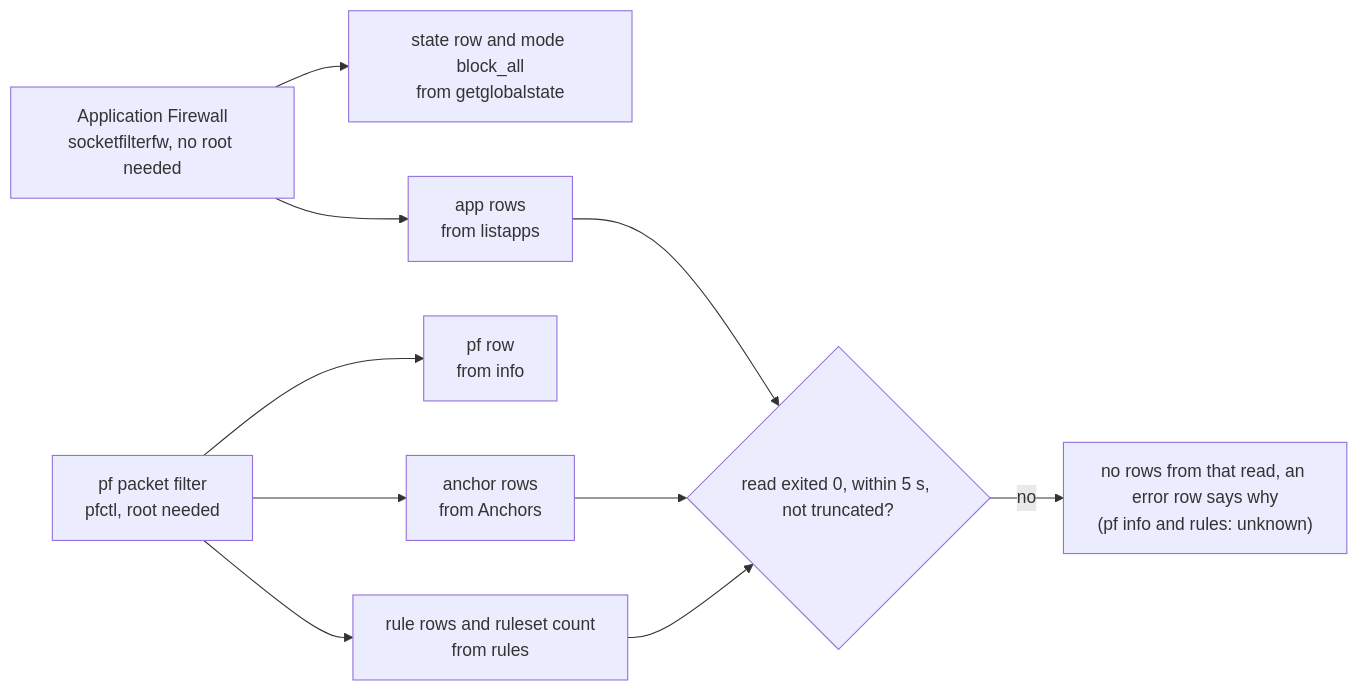
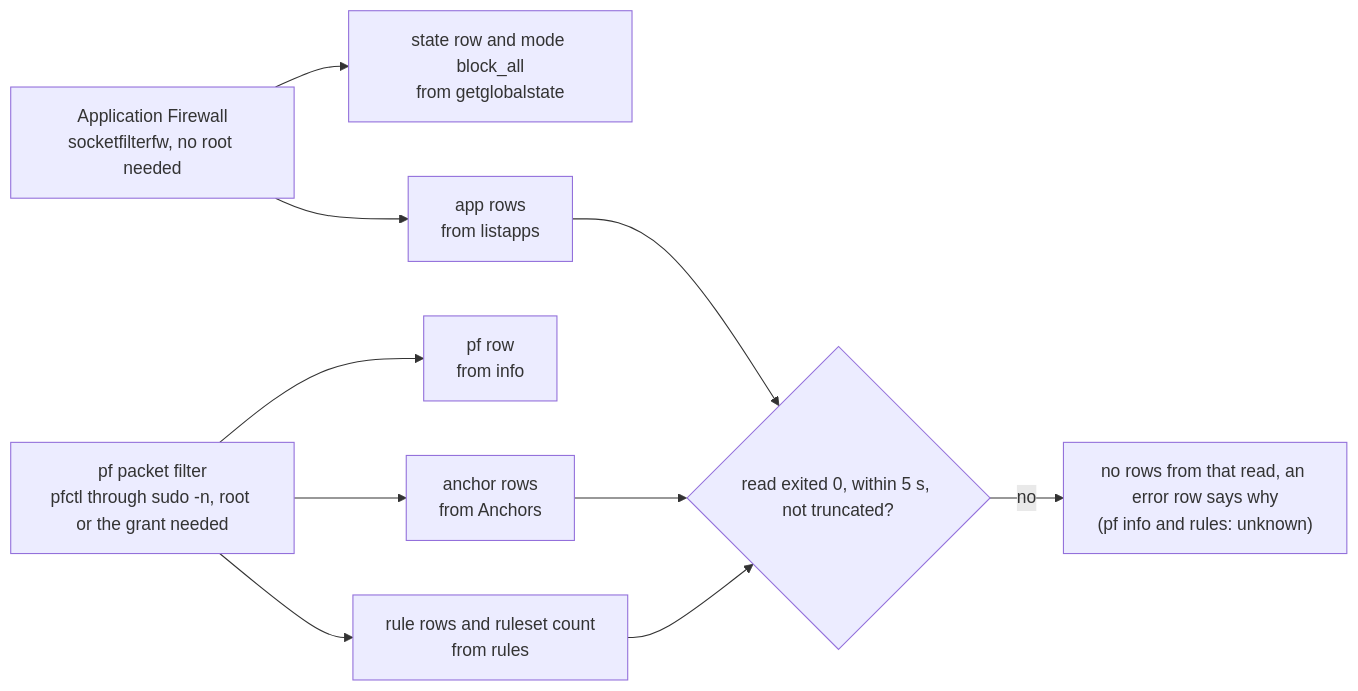
One commit to DevNullLtd/Yuzu changed the fourth of 4 diagrams in agents/plugins/firewall/README.md. Above: the diagram before and after it, drawn with Mermaid. The commit also changed other lines of this file and 21 other files, not shown here.

````diff
--- a/agents/plugins/firewall/README.md
+++ b/agents/plugins/firewall/README.md
@@ -111,14 +111,14 @@
 ```mermaid
 flowchart LR
   ALF["Application Firewall<br/>socketfilterfw, no root needed"]
-  PF["pf packet filter<br/>pfctl, root needed"]
+  PF["pf packet filter<br/>pfctl through sudo -n, root or the grant needed"]
   ALF --> ST["state row and mode block_all<br/>from getglobalstate"]
   ALF --> AP["app rows<br/>from listapps"]
   PF --> PS["pf row<br/>from info"]
   PF --> AN["anchor rows<br/>from Anchors"]
   PF --> RL["rule rows and ruleset count<br/>from rules"]
   AP --> OK{"read exited 0, within 5 s, not truncated?"}
   AN --> OK
   RL --> OK
   OK -- "no" --> UNK["no rows from that read, an error row says why<br/>(pf info and rules: unknown)"]
 ```
````
